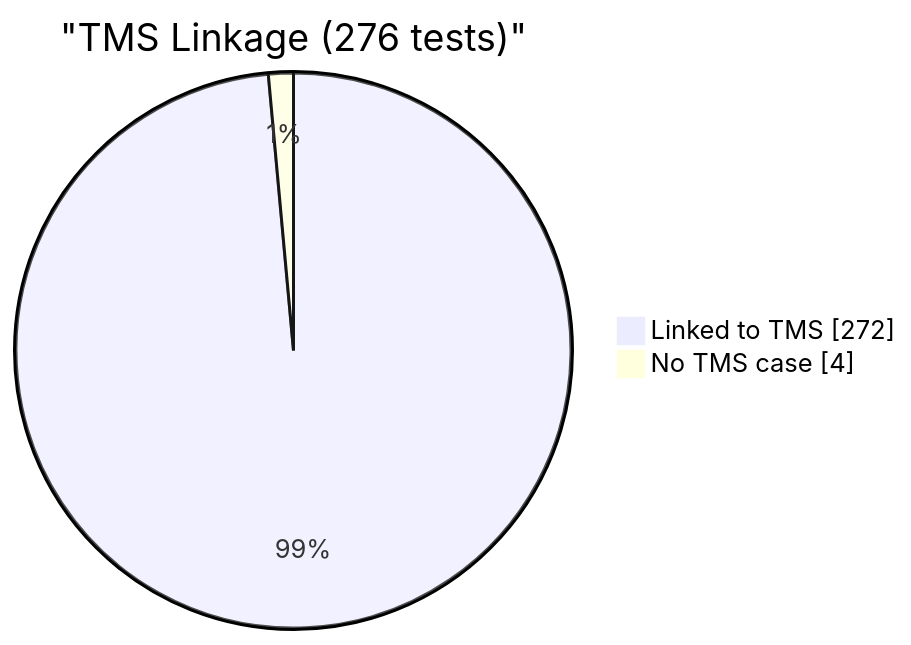
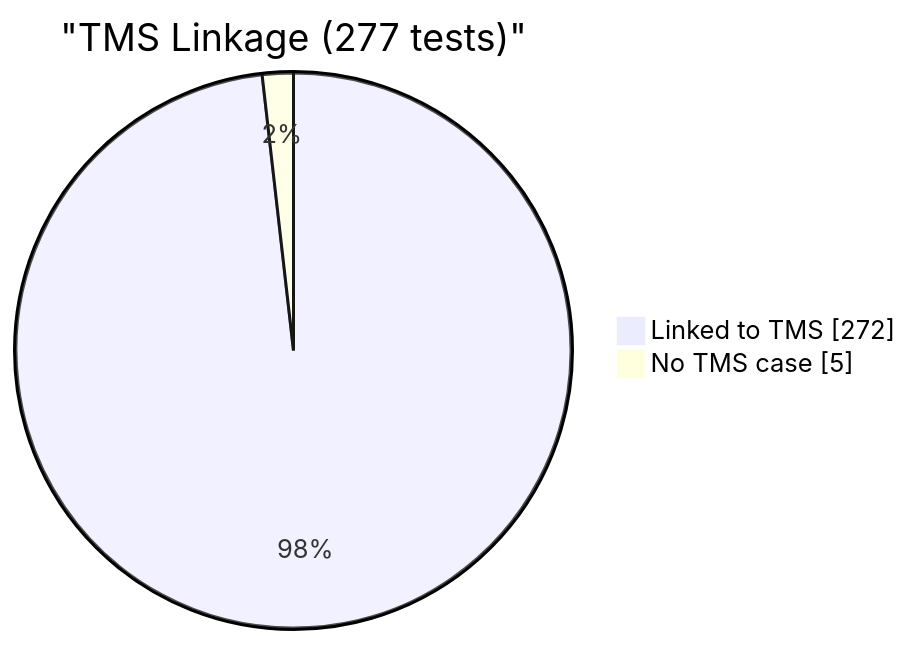
One commit to EliteaAI/onetest-ai-tm-Elitea changed the fourth of 6 diagrams in reports/dashboard.md. Above: the diagram before and after it, drawn with Mermaid. The commit also changed other lines of this file and 1 other file, not shown here.

````diff
--- a/reports/dashboard.md
+++ b/reports/dashboard.md
@@ -77,6 +76,6 @@
 ```mermaid
 pie showData
-    title "TMS Linkage (276 tests)"
+    title "TMS Linkage (277 tests)"
     "Linked to TMS" : 272
-    "No TMS case" : 4
+    "No TMS case" : 5
 ```
````
